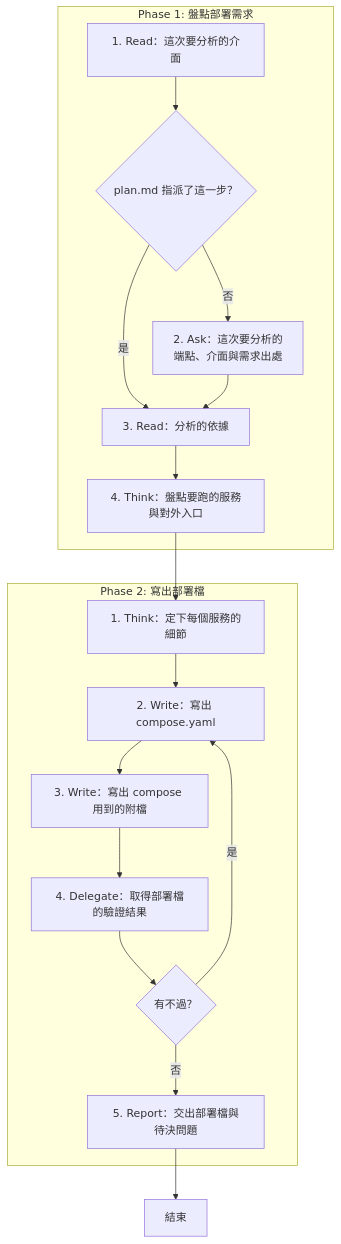
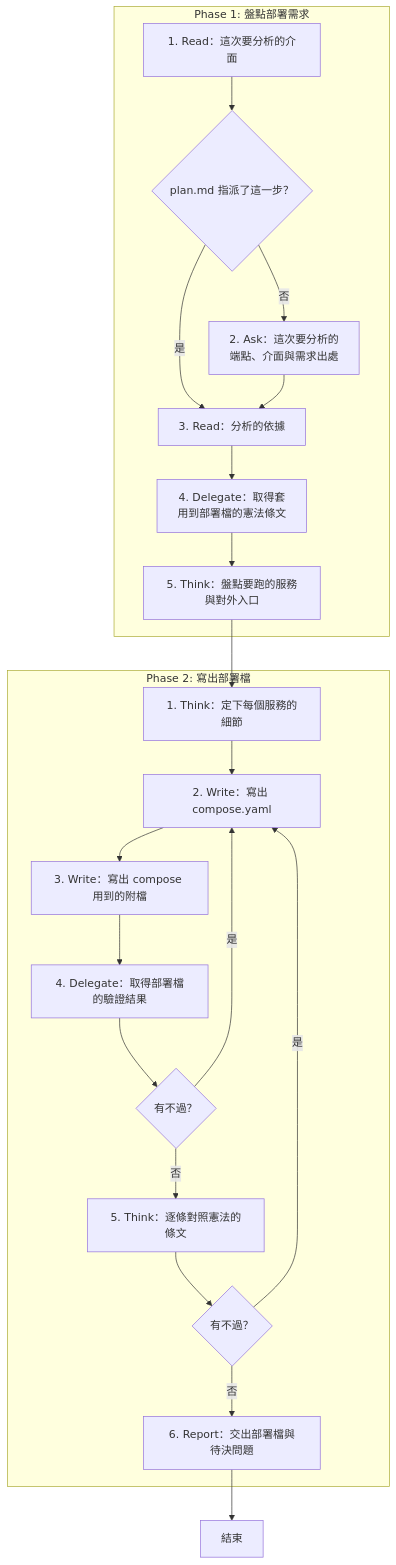
Before and after one commit to AI-x-BDD/BDGG-Dev-Skills: the diagram in .agents/skills/deploy-plan/SKILL.md, drawn with Mermaid. The commit also changed other lines of this file and 37 other files, not shown here.

````diff
--- a/.agents/skills/deploy-plan/SKILL.md
+++ b/.agents/skills/deploy-plan/SKILL.md
@@ -24,32 +26,39 @@
 ```mermaid
 flowchart TD
     subgraph P1["Phase 1: 盤點部署需求"]
         P1S1["1. Read：這次要分析的介面"]
         G_P1S1_1{"plan.md 指派了這一步？"}
         P1S2["2. Ask：這次要分析的<br/>端點、介面與需求出處"]
         P1S3["3. Read：分析的依據"]
-        P1S4["4. Think：盤點要跑的服務與對外入口"]
+        P1S4["4. Delegate：取得套<br/>用到部署檔的憲法條文"]
+        P1S5["5. Think：盤點要跑的服務與對外入口"]
     end
     subgraph P2["Phase 2: 寫出部署檔"]
         P2S1["1. Think：定下每個服務的細節"]
         P2S2["2. Write：寫出 compose.yaml"]
         P2S3["3. Write：寫出 compose 用到的附檔"]
         P2S4["4. Delegate：取得部署檔的驗證結果"]
         G_P2S4_1{"有不過？"}
-        P2S5["5. Report：交出部署檔與待決問題"]
+        P2S5["5. Think：逐條對照憲法的條文"]
+        G_P2S5_1{"有不過？"}
+        P2S6["6. Report：交出部署檔與待決問題"]
     end
     End["結束"]
     P1S1 --> G_P1S1_1
     G_P1S1_1 -->|是| P1S3
     G_P1S1_1 -->|否| P1S2
     P1S2 --> P1S3
     P1S3 --> P1S4
-    P1S4 --> P2S1
+    P1S4 --> P1S5
+    P1S5 --> P2S1
     P2S1 --> P2S2
     P2S2 --> P2S3
     P2S3 --> P2S4
     P2S4 --> G_P2S4_1
     G_P2S4_1 -->|是| P2S2
     G_P2S4_1 -->|否| P2S5
-    P2S5 --> End
+    P2S5 --> G_P2S5_1
+    G_P2S5_1 -->|是| P2S2
+    G_P2S5_1 -->|否| P2S6
+    P2S6 --> End
 ```
````
